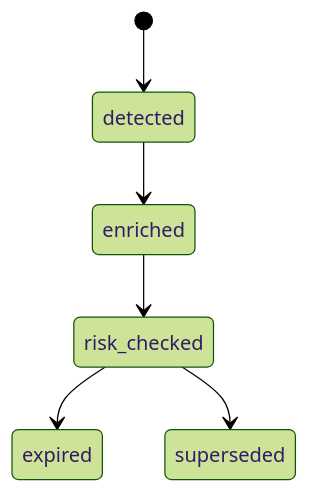
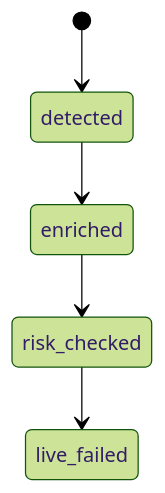
One commit to brev77/Arbibot-2 changed the first of 3 diagrams in docs/state-machines.md. Above: the diagram before and after it, drawn with Mermaid (forest theme). The commit also changed other lines of this file and 22 other files, not shown here.

````diff
--- a/docs/state-machines.md
+++ b/docs/state-machines.md
@@ -5,8 +10,7 @@
 ```mermaid
 stateDiagram-v2
   [*] --> detected
   detected --> enriched
   enriched --> risk_checked
-  risk_checked --> expired
-  risk_checked --> superseded
+  risk_checked --> live_failed
 ```
````
